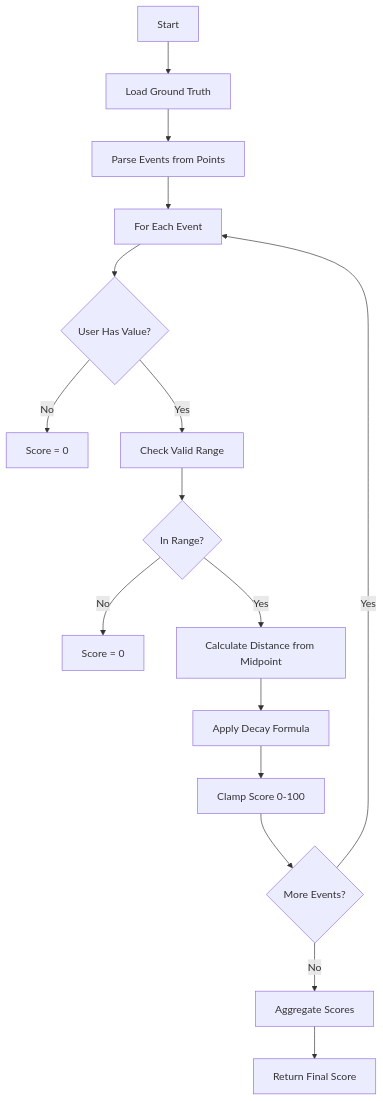
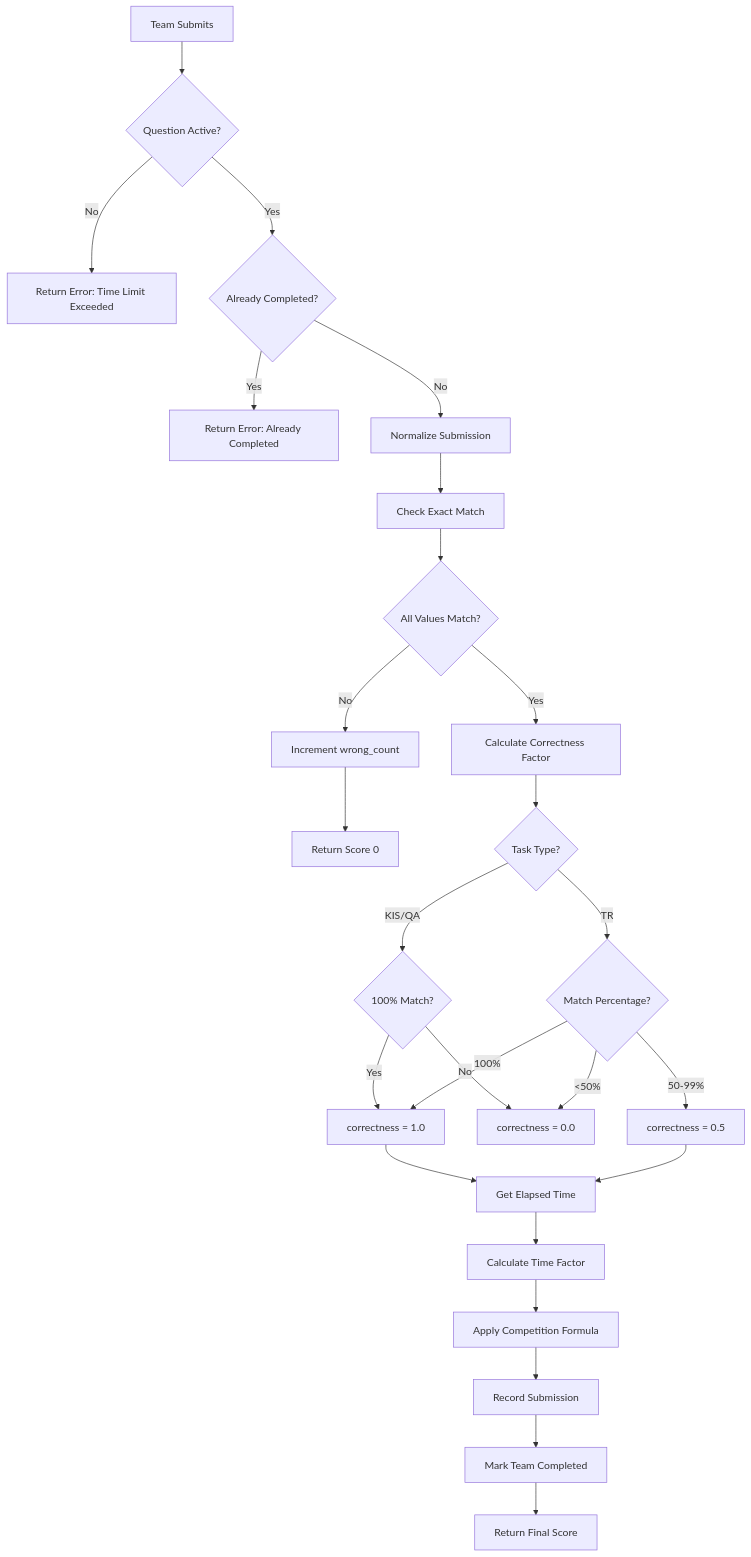
The first of 2 diagrams in docs/scoring-logic.md (finalFlash159/mock-server-scoring-api-for-AIC-VBS), drawn with Mermaid before and after one commit. The commit also changed other lines of this file and 4 other files, not shown here.

````diff
--- a/docs/scoring-logic.md
+++ b/docs/scoring-logic.md
@@ -53,18 +57,28 @@
 ```mermaid
 flowchart TD
-    A[Start] --> B[Load Ground Truth]
-    B --> C[Parse Events from Points]
-    C --> D[For Each Event]
-    D --> E{User Has Value?}
-    E -->|No| F[Score = 0]
-    E -->|Yes| G[Check Valid Range]
-    G --> H{In Range?}
-    H -->|No| I[Score = 0]
-    H -->|Yes| J[Calculate Distance from Midpoint]
-    J --> K[Apply Decay Formula]
-    K --> L[Clamp Score 0-100]
-    L --> M{More Events?}
-    M -->|Yes| D
-    M -->|No| N[Aggregate Scores]
-    N --> O[Return Final Score]
+    A[Team Submits] --> B{Question Active?}
+    B -->|No| C[Return Error: Time Limit Exceeded]
+    B -->|Yes| D{Already Completed?}
+    D -->|Yes| E[Return Error: Already Completed]
+    D -->|No| F[Normalize Submission]
+    F --> G[Check Exact Match]
+    G --> H{All Values Match?}
+    H -->|No| I[Increment wrong_count]
+    I --> J[Return Score 0]
+    H -->|Yes| K[Calculate Correctness Factor]
+    K --> L{Task Type?}
+    L -->|KIS/QA| M{100% Match?}
+    L -->|TR| N{Match Percentage?}
+    M -->|Yes| O[correctness = 1.0]
+    M -->|No| P[correctness = 0.0]
+    N -->|100%| O
+    N -->|50-99%| Q[correctness = 0.5]
+    N -->|<50%| P
+    O --> R[Get Elapsed Time]
+    Q --> R
+    R --> S[Calculate Time Factor]
+    S --> T[Apply Competition Formula]
+    T --> U[Record Submission]
+    U --> V[Mark Team Completed]
+    V --> W[Return Final Score]
 ```
````
